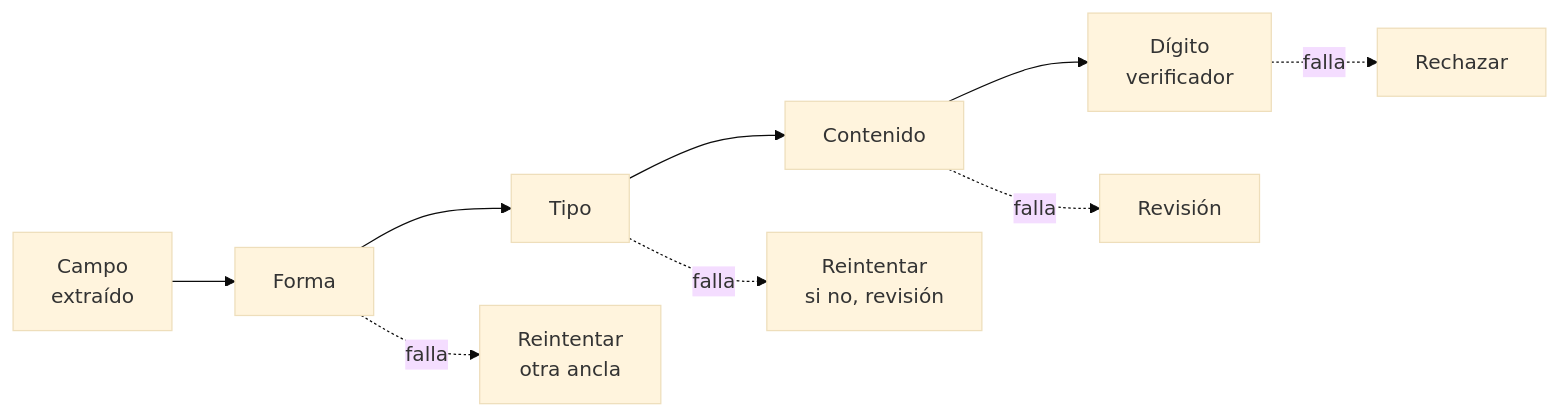
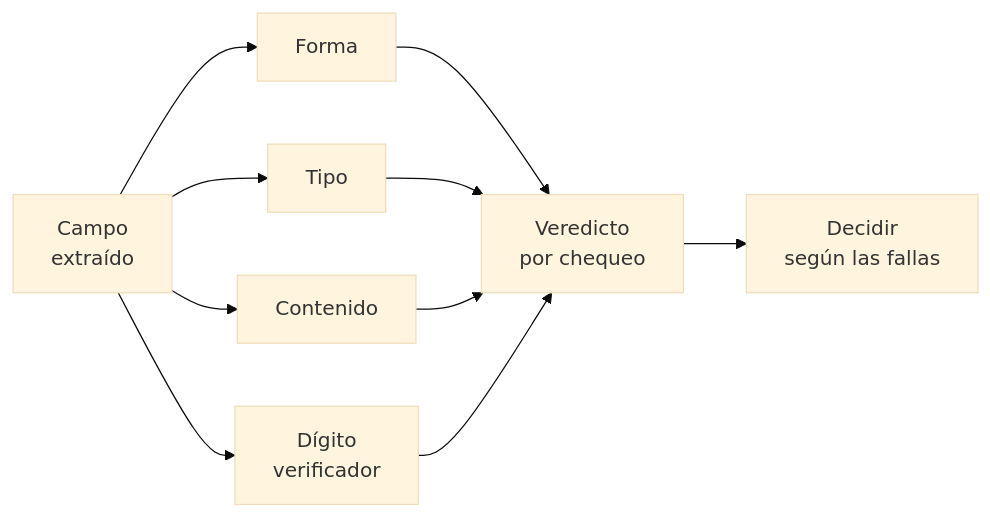
The sixth of 11 diagrams in readme-min.md (mariogarcia-ar/docflow), drawn with Mermaid (base theme) before and after one commit. The commit also changed other lines of this file, not shown here.

````diff
--- a/readme-min.md
+++ b/readme-min.md
@@ -141,11 +141,12 @@
 ```mermaid
 graph LR
     A["Campo<br/>extraído"] --> B["Forma"]
-    B --> C["Tipo"]
-    C --> D["Contenido"]
-    D --> E["Dígito<br/>verificador"]
-    B -.falla.-> F["Reintentar<br/>otra ancla"]
-    C -.falla.-> G["Reintentar<br/>si no, revisión"]
-    D -.falla.-> H["Revisión"]
-    E -.falla.-> I["Rechazar"]
+    A --> C["Tipo"]
+    A --> D["Contenido"]
+    A --> E["Dígito<br/>verificador"]
+    B --> F["Veredicto<br/>por chequeo"]
+    C --> F
+    D --> F
+    E --> F
+    F --> G["Decidir<br/>según las fallas"]
 ```
````
